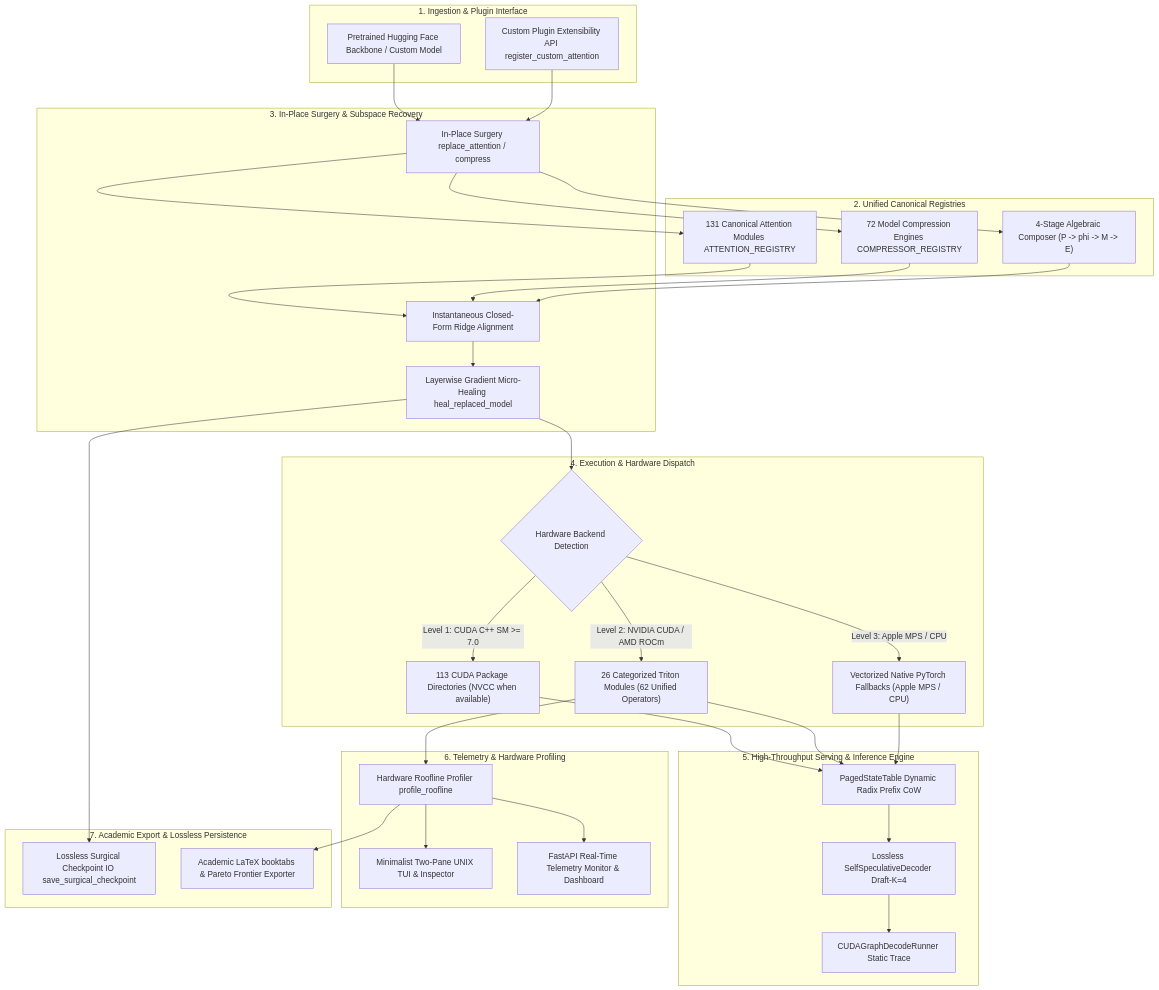
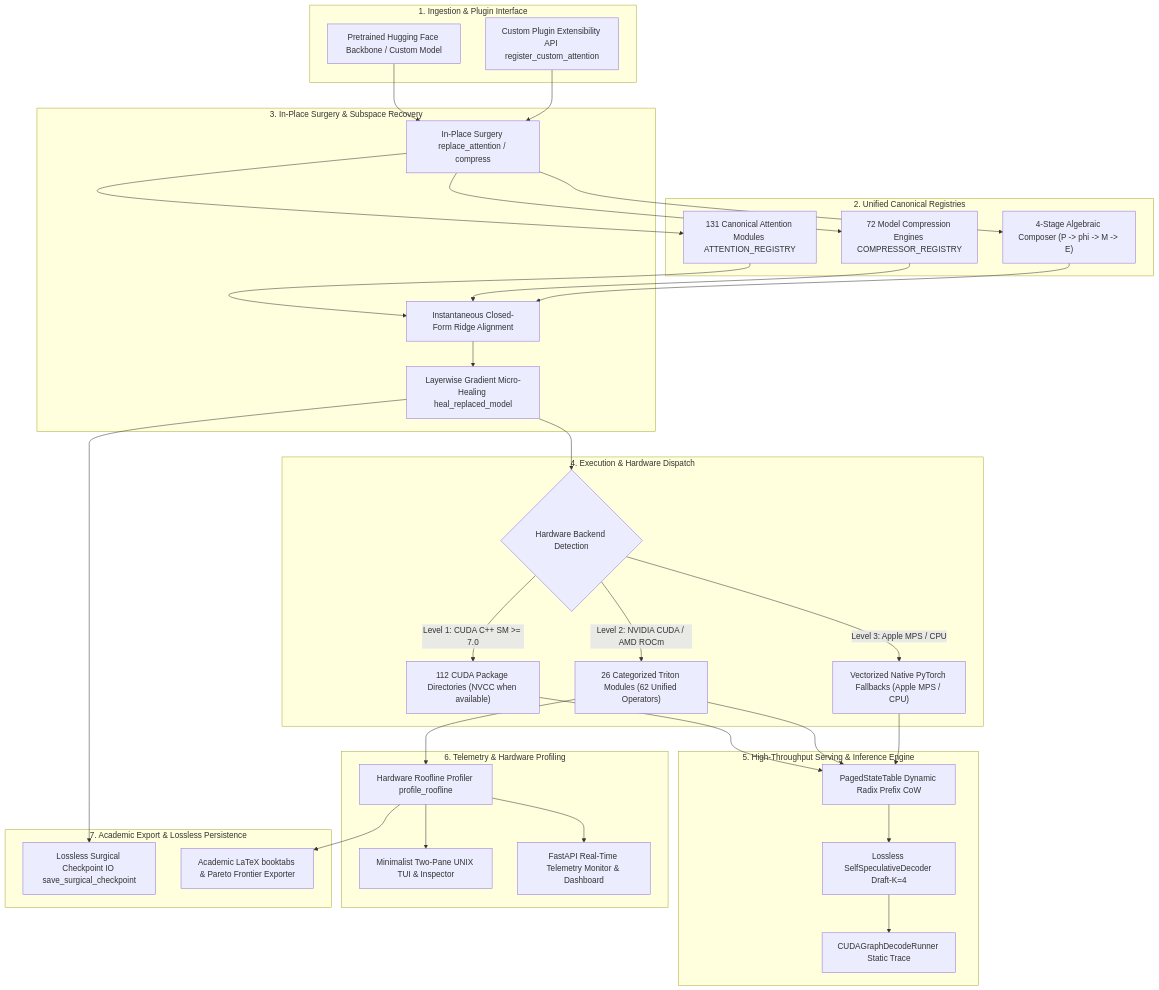
Before and after one commit to tahamajs/NeuralOps: the third of 4 diagrams in README.md, drawn with Mermaid. The commit also changed other lines of this file and 8 other files, not shown here.

````diff
--- a/README.md
+++ b/README.md
@@ -954,67 +954,67 @@
 ```mermaid
 flowchart TD
     subgraph Layer1 ["1. Ingestion & Plugin Interface"]
         HF["Pretrained Hugging Face Backbone / Custom Model"]
         Ext["Custom Plugin Extensibility API register_custom_attention"]
     end
 
     subgraph Layer2 ["2. Unified Canonical Registries"]
         AttnZoo["131 Canonical Attention Modules ATTENTION_REGISTRY"]
         CompEngines["72 Model Compression Engines COMPRESSOR_REGISTRY"]
         Composer["4-Stage Algebraic Composer (P -> phi -> M -> E)"]
     end
 
     subgraph Layer3 ["3. In-Place Surgery & Subspace Recovery"]
         Surgery["In-Place Surgery replace_attention / compress"]
         Ridge["Instantaneous Closed-Form Ridge Alignment"]
         MicroHeal["Layerwise Gradient Micro-Healing heal_replaced_model"]
     end
 
     subgraph Layer4 ["4. Execution & Hardware Dispatch"]
         BackendCheck{"Hardware Backend Detection"}
-        CUDACPP["113 CUDA Package Directories (NVCC when available)"]
+        CUDACPP["112 CUDA Package Directories (NVCC when available)"]
         Triton["26 Categorized Triton Modules (62 Unified Operators)"]
         Fallback["Vectorized Native PyTorch Fallbacks (Apple MPS / CPU)"]
     end
 
     subgraph Layer5 ["5. High-Throughput Serving & Inference Engine"]
         PagedState["PagedStateTable Dynamic Radix Prefix CoW"]
         SpecDecode["Lossless SelfSpeculativeDecoder Draft-K=4"]
         CUDAGraph["CUDAGraphDecodeRunner Static Trace"]
     end
 
     subgraph Layer6 ["6. Telemetry & Hardware Profiling"]
         Roofline["Hardware Roofline Profiler profile_roofline"]
         TUI["Minimalist Two-Pane UNIX TUI & Inspector"]
         WebMon["FastAPI Real-Time Telemetry Monitor & Dashboard"]
     end
 
     subgraph Layer7 ["7. Academic Export & Lossless Persistence"]
         SurgIO["Lossless Surgical Checkpoint IO save_surgical_checkpoint"]
         LaTeX["Academic LaTeX booktabs & Pareto Frontier Exporter"]
     end
 
     HF --> Surgery
     Ext --> Surgery
     Surgery --> AttnZoo
     Surgery --> CompEngines
     Surgery --> Composer
     AttnZoo --> Ridge
     CompEngines --> Ridge
     Composer --> Ridge
     Ridge --> MicroHeal
     MicroHeal --> BackendCheck
     BackendCheck -- "Level 1: CUDA C++ SM >= 7.0" --> CUDACPP
     BackendCheck -- "Level 2: NVIDIA CUDA / AMD ROCm" --> Triton
     BackendCheck -- "Level 3: Apple MPS / CPU" --> Fallback
     CUDACPP --> PagedState
     Triton --> PagedState
     Fallback --> PagedState
     PagedState --> SpecDecode
     SpecDecode --> CUDAGraph
     Triton --> Roofline
     Roofline --> TUI
     Roofline --> WebMon
     MicroHeal --> SurgIO
     Roofline --> LaTeX
 ```
````
